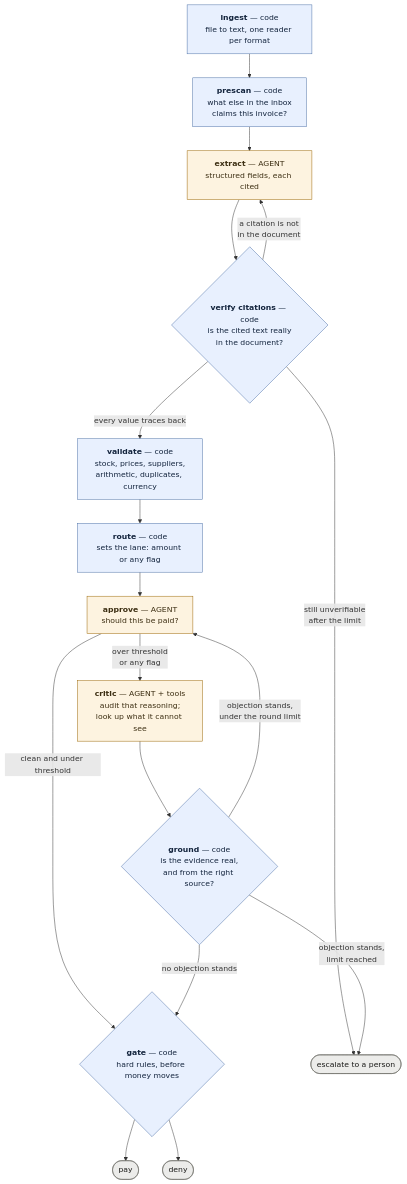
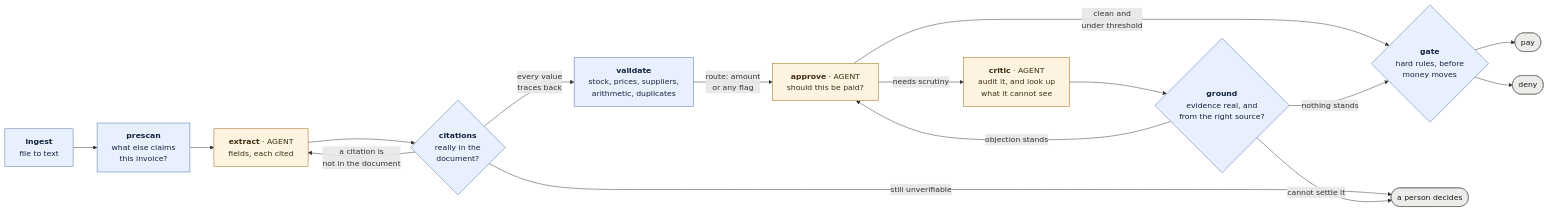
Before and after one commit to francis-bond/multi-agent-invoice-processing: the diagram in README.md, drawn with Mermaid. The commit also changed other lines of this file, not shown here.

Commit message:
Lay the pipeline diagram out left to right
GitHub renders a tall top-down flowchart into a fixed-height scroll box. At full
desktop width this one showed a single node, and reading the centrepiece diagram
of the design section meant panning around with zoom controls.

Left to right, with shorter labels and routing folded into the edge it describes
rather than being a box of its own.

````diff
--- a/README.md
+++ b/README.md
@@ -174,37 +174,36 @@
 ```mermaid
-flowchart TD
-    ingest["<b>ingest</b> — code<br/>file to text, one reader per format"]
-    prescan["<b>prescan</b> — code<br/>what else in the inbox<br/>claims this invoice?"]
-    extract["<b>extract</b> — AGENT<br/>structured fields, each cited"]
-    cite{"<b>verify citations</b> — code<br/>is the cited text really<br/>in the document?"}
-    validate["<b>validate</b> — code<br/>stock, prices, suppliers,<br/>arithmetic, duplicates, currency"]
-    route["<b>route</b> — code<br/>sets the lane: amount or any flag"]
-    approve["<b>approve</b> — AGENT<br/>should this be paid?"]
-    critic["<b>critic</b> — AGENT + tools<br/>audit that reasoning;<br/>look up what it cannot see"]
-    ground{"<b>ground</b> — code<br/>is the evidence real,<br/>and from the right source?"}
-    gate{"<b>gate</b> — code<br/>hard rules, before money moves"}
+flowchart LR
+    ingest["<b>ingest</b><br/>file to text"]
+    prescan["<b>prescan</b><br/>what else claims<br/>this invoice?"]
+    extract["<b>extract</b> · AGENT<br/>fields, each cited"]
+    cite{"<b>citations</b><br/>really in the<br/>document?"}
+    validate["<b>validate</b><br/>stock, prices, suppliers,<br/>arithmetic, duplicates"]
+    approve["<b>approve</b> · AGENT<br/>should this be paid?"]
+    critic["<b>critic</b> · AGENT<br/>audit it, and look up<br/>what it cannot see"]
+    ground{"<b>ground</b><br/>evidence real, and<br/>from the right source?"}
+    gate{"<b>gate</b><br/>hard rules, before<br/>money moves"}
     pay(["pay"])
     deny(["deny"])
-    escalate(["escalate to a person"])
+    human(["a person decides"])
 
     ingest --> prescan --> extract --> cite
-    cite -->|"a citation is not<br/>in the document"| extract
-    cite -->|"still unverifiable<br/>after the limit"| escalate
-    cite -->|"every value traces back"| validate
-    validate --> route --> approve
-    approve -->|"clean and under threshold"| gate
-    approve -->|"over threshold<br/>or any flag"| critic
+    cite -->|"a citation is<br/>not in the document"| extract
+    cite -->|"still unverifiable"| human
+    cite -->|"every value<br/>traces back"| validate
+    validate -->|"route: amount<br/>or any flag"| approve
+    approve -->|"clean and<br/>under threshold"| gate
+    approve -->|"needs scrutiny"| critic
     critic --> ground
-    ground -->|"no objection stands"| gate
-    ground -->|"objection stands,<br/>under the round limit"| approve
-    ground -->|"objection stands,<br/>limit reached"| escalate
+    ground -->|"nothing stands"| gate
+    ground -->|"objection stands"| approve
+    ground -->|"cannot settle it"| human
     gate --> pay
     gate --> deny
 
     classDef code fill:#e8f0fe,stroke:#4a6fa5,color:#13243d
     classDef agent fill:#fdf3e0,stroke:#9a6400,color:#3d2f13
     classDef terminal fill:#ececea,stroke:#6b6b64,color:#1a1a18
-    class ingest,prescan,validate,route,cite,ground,gate code
+    class ingest,prescan,validate,cite,ground,gate code
     class extract,approve,critic agent
-    class pay,deny,escalate terminal
+    class pay,deny,human terminal
 ```
````
